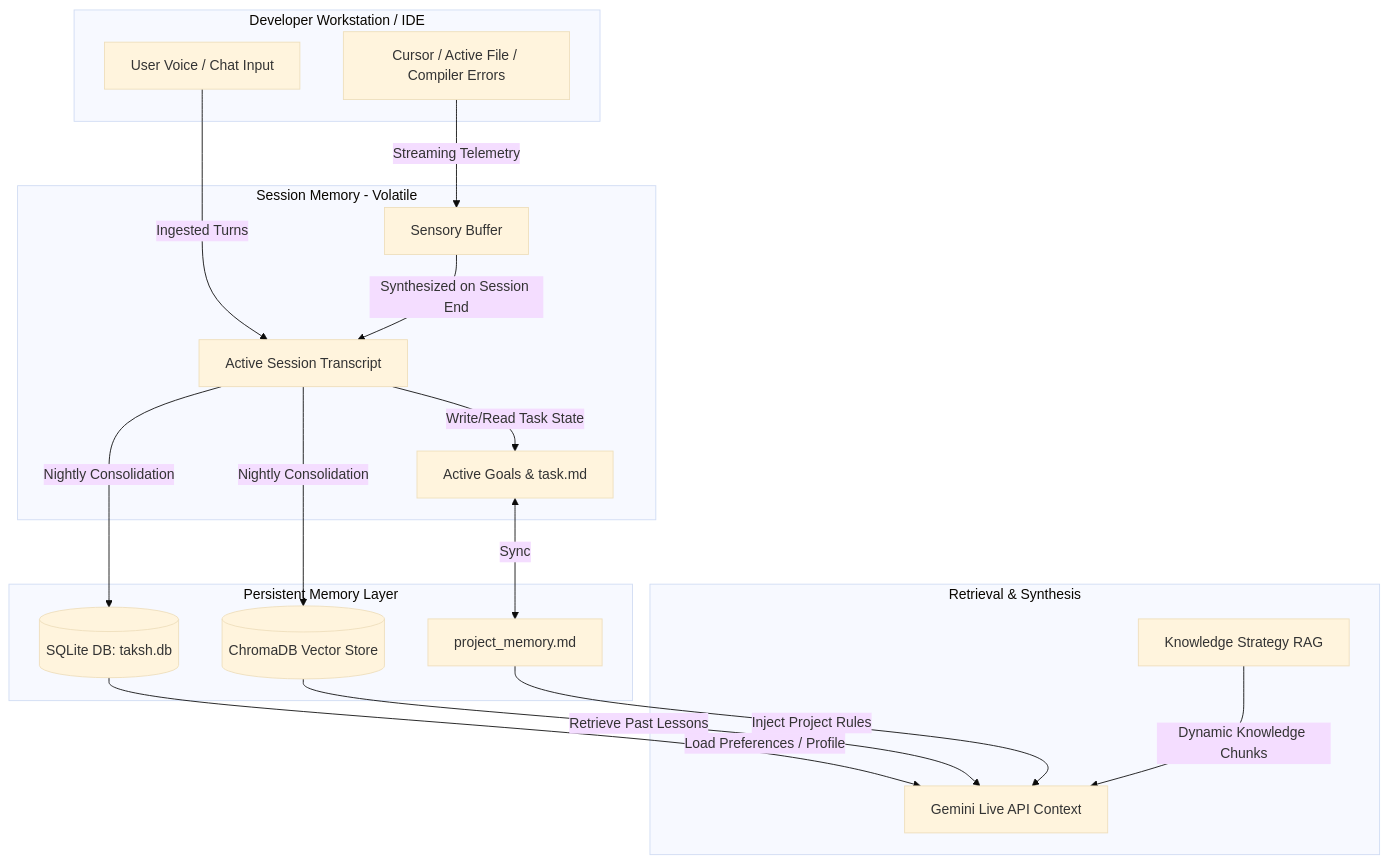
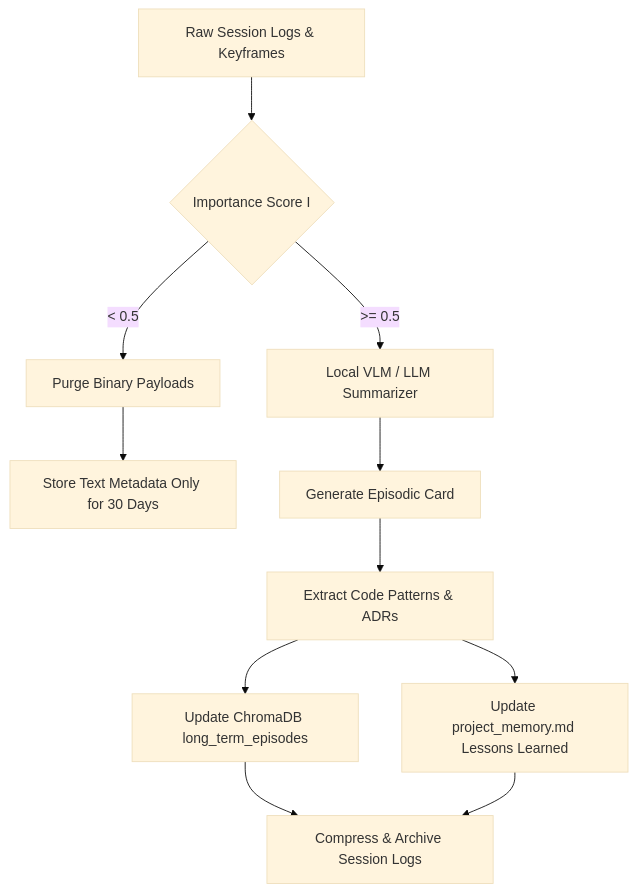
One commit to Akash-Kharat/Taksh changed the third of 3 diagrams in Memory/memory_architecture.md. Above: the diagram before and after it, drawn with Mermaid (base theme). The commit also changed other lines of this file and 8 other files, not shown here.

Commit message:
feat: initialize core project documentation, including identity manifesto, architectural standards, and MVP specifications

````diff
--- a/Memory/memory_architecture.md
+++ b/Memory/memory_architecture.md
@@ -13,33 +207,12 @@
 ```mermaid
-graph TD
-    subgraph UI [Developer Workstation / IDE]
-        A[Cursor / Active File / Compiler Errors]
-        B[User Voice / Chat Input]
-    end
-    subgraph Session [Session Memory - Volatile]
-        C[Sensory Buffer]
-        D[Active Session Transcript]
-        E[Active Goals & task.md]
-    end
-    subgraph Storage [Persistent Memory Layer]
-        F[(SQLite DB: taksh.db)]
-        G[(ChromaDB Vector Store)]
-        H[project_memory.md]
-    end
-    subgraph Processing [Retrieval & Synthesis]
-        I[Knowledge Strategy RAG]
-        J[Gemini Live API Context]
-    end
-
-    A -->|Streaming Telemetry| C
-    B -->|Ingested Turns| D
-    C -->|Synthesized on Session End| D
-    D -->|Write/Read Task State| E
-    E <-->|Sync| H
-    D -->|Nightly Consolidation| F
-    D -->|Nightly Consolidation| G
-    F -->|Load Preferences / Profile| J
-    G -->|Retrieve Past Lessons| J
-    H -->|Inject Project Rules| J
-    I -->|Dynamic Knowledge Chunks| J
+flowchart TD
+    A[Raw Session Logs & Keyframes] --> B{Importance Score I}
+    B -->|< 0.5| C[Purge Binary Payloads]
+    B -->|>= 0.5| D[Local VLM / LLM Summarizer]
+    C --> E[Store Text Metadata Only for 30 Days]
+    D --> F[Generate Episodic Card]
+    F --> G[Extract Code Patterns & ADRs]
+    G --> H[Update ChromaDB long_term_episodes]
+    G --> I[Update project_memory.md Lessons Learned]
+    H & I --> J[Compress & Archive Session Logs]
 ```
````
